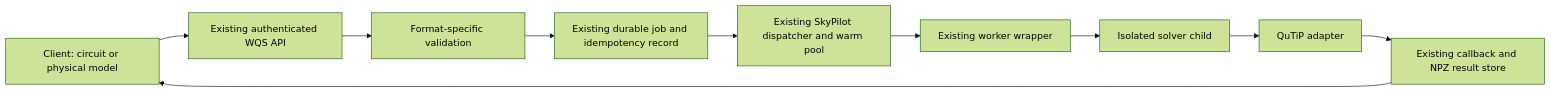
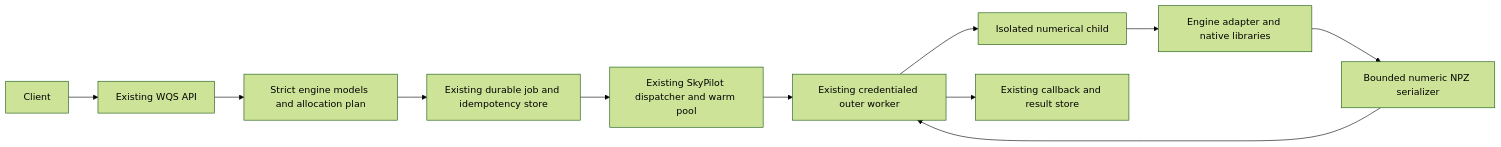
The diagram in spec/physics-engines/design.md (Wehden/wqs-quantum-sim), drawn with Mermaid (forest theme) before and after one commit. The commit also changed other lines of this file and 5 other files, not shown here.

````diff
--- a/spec/physics-engines/design.md
+++ b/spec/physics-engines/design.md
@@ -7,12 +11,13 @@
 ```mermaid
 flowchart LR
-  C[Client: circuit or physical model] --> A[Existing authenticated WQS API]
-  A --> V[Format-specific validation]
-  V --> J[Existing durable job and idempotency record]
-  J --> D[Existing SkyPilot dispatcher and warm pool]
-  D --> W[Existing worker wrapper]
-  W --> P[Isolated solver child]
-  P --> Q[QuTiP adapter]
-  Q --> R[Existing callback and NPZ result store]
-  R --> C
+  Client --> API[Existing WQS API]
+  API --> Models[Strict engine models and allocation plan]
+  Models --> Jobs[Existing durable job and idempotency store]
+  Jobs --> Dispatch[Existing SkyPilot dispatcher and warm pool]
+  Dispatch --> Worker[Existing credentialed outer worker]
+  Worker --> Child[Isolated numerical child]
+  Child --> Adapter[Engine adapter and native libraries]
+  Adapter --> Encode[Bounded numeric NPZ serializer]
+  Encode --> Worker
+  Worker --> Result[Existing callback and result store]
 ```
````
